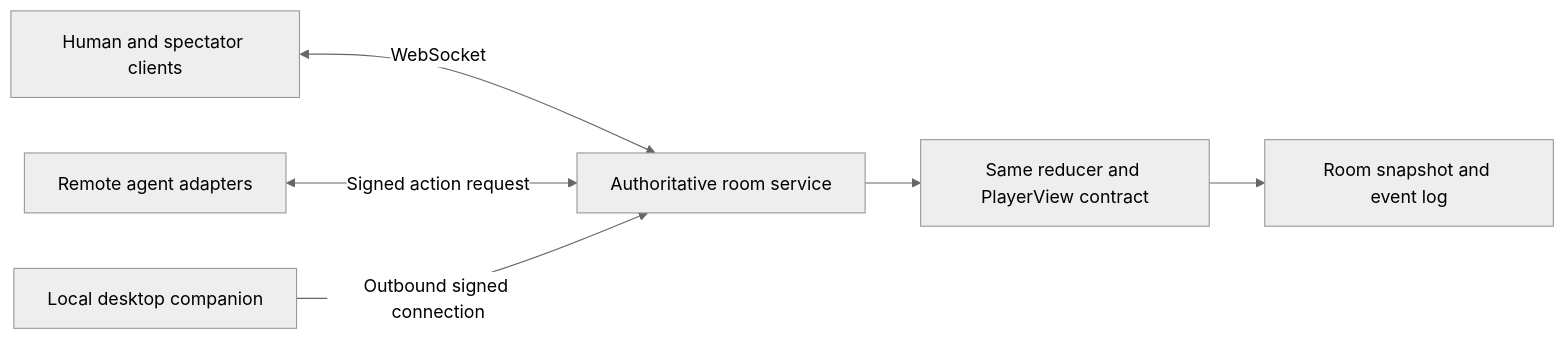
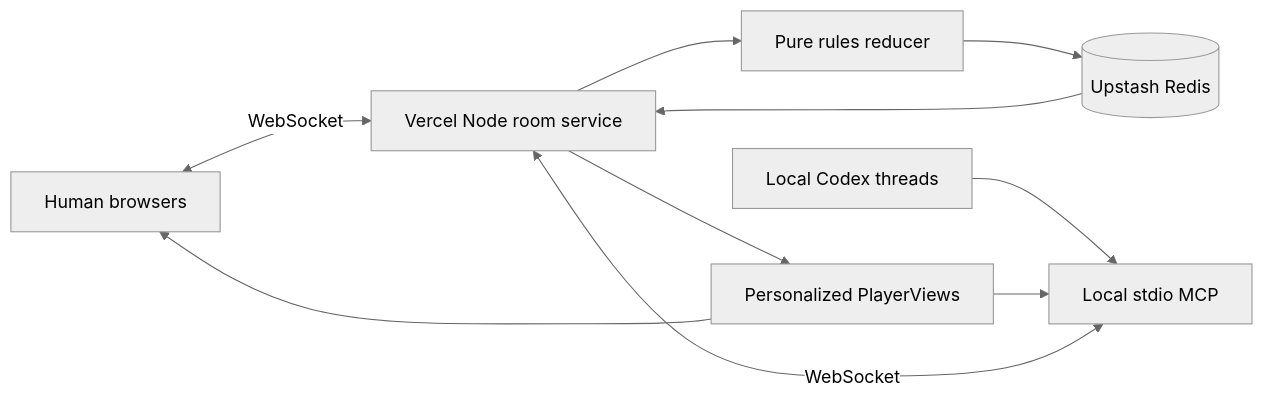
Before and after one commit to nawwwal/katan-agents: the diagram in docs/ARCHITECTURE.md, drawn with Mermaid (neutral theme). The commit also changed other lines of this file and 35 other files, not shown here.

Commit message:
feat: add realtime rooms and local agent seats

````diff
--- a/docs/ARCHITECTURE.md
+++ b/docs/ARCHITECTURE.md
@@ -35,8 +9,12 @@
 ```mermaid
 flowchart LR
-  Clients[Human and spectator clients] <-->|WebSocket| Room[Authoritative room service]
-  Agents[Remote agent adapters] <-->|Signed action request| Room
-  Companion[Local desktop companion] -->|Outbound signed connection| Room
-  Room --> Engine[Same reducer and PlayerView contract]
-  Engine --> Store[Room snapshot and event log]
+  Humans[Human browsers] <-->|WebSocket| Server[Vercel Node room service]
+  Codex[Local Codex threads] --> MCP[Local stdio MCP]
+  MCP <-->|WebSocket| Server
+  Server --> Engine[Pure rules reducer]
+  Engine --> Redis[(Upstash Redis)]
+  Redis --> Server
+  Server --> Views[Personalized PlayerViews]
+  Views --> Humans
+  Views --> MCP
 ```
````
